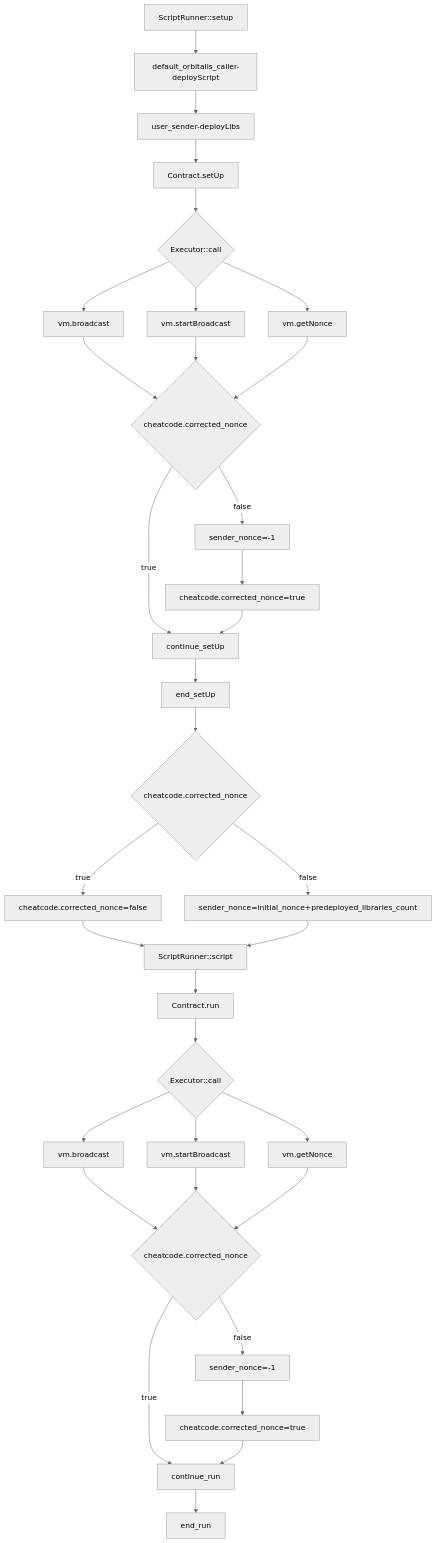
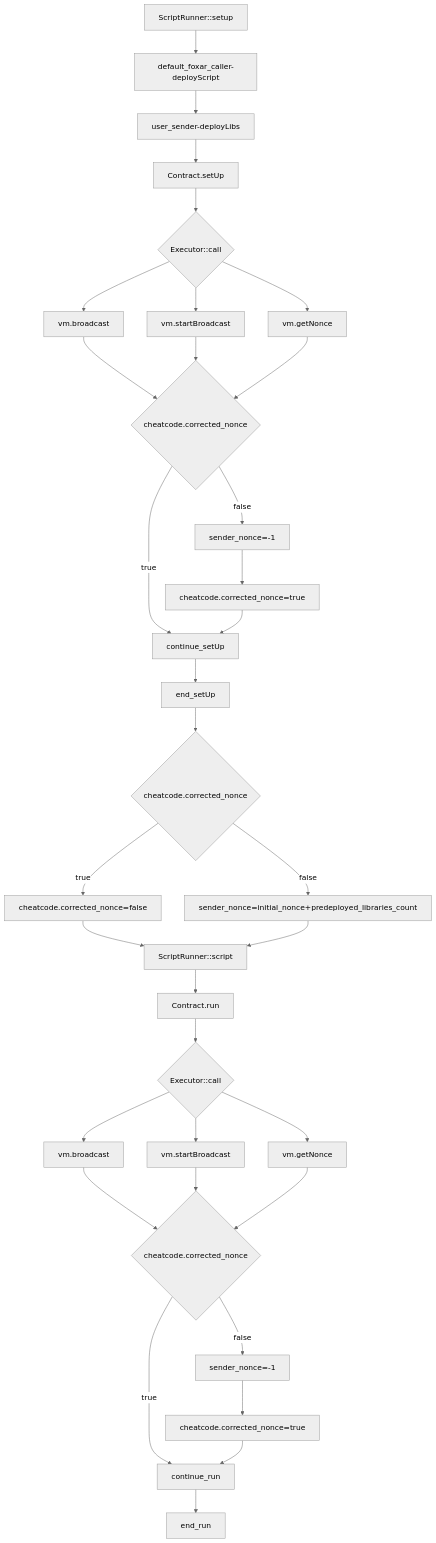
The fourth of 4 diagrams in docs/dev/scripting.md (bchainhub/foxar), drawn with Mermaid (neutral theme) before and after one commit. The commit also changed other lines of this file and 305 other files, not shown here.

Commit message:
Rename from orbitalis to foxar

````diff
--- a/docs/dev/scripting.md
+++ b/docs/dev/scripting.md
@@ -98,41 +98,41 @@
 ```mermaid
 graph TD
 
-    ScriptRunner::setup-->default_orbitalis_caller-deployScript;
-    default_orbitalis_caller-deployScript-->user_sender-deployLibs;
+    ScriptRunner::setup-->default_foxar_caller-deployScript;
+    default_foxar_caller-deployScript-->user_sender-deployLibs;
     user_sender-deployLibs-->Contract.setUp;
     Contract.setUp-->A0{Executor::call};
     A0-->vm.broadcast;
     A0-->vm.startBroadcast;
     A0-->vm.getNonce;
 
     vm.broadcast--> A{cheatcode.corrected_nonce}
     vm.startBroadcast-->A
     vm.getNonce-->A
 
     A--true-->continue_setUp;
     A--false-->B[sender_nonce=-1];
     B-->C[cheatcode.corrected_nonce=true];
     C-->continue_setUp;
     continue_setUp-->end_setUp;
     end_setUp-->D{cheatcode.corrected_nonce}
     D--true-->E[cheatcode.corrected_nonce=false];
     D--false-->F[sender_nonce=initial_nonce+predeployed_libraries_count];
     E-->ScriptRunner::script;
     F-->ScriptRunner::script;
     ScriptRunner::script-->Contract.run;
     Contract.run-->G{Executor::call};
     G-->H[vm.broadcast];
     G-->I[vm.startBroadcast];
     G-->J[vm.getNonce];
 
     H--> K{cheatcode.corrected_nonce}
     I-->K
     J-->K
 
     K--true-->continue_run;
     K--false-->L[sender_nonce=-1];
     L-->M[cheatcode.corrected_nonce=true];
     M-->continue_run;
     continue_run-->end_run;
 ```
````
